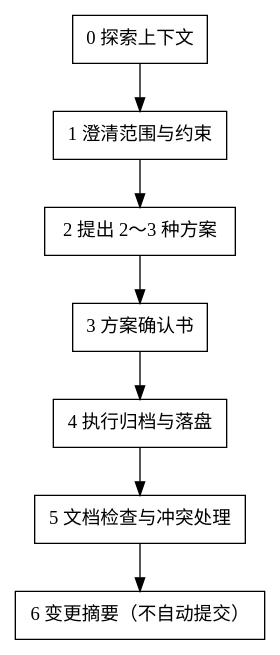
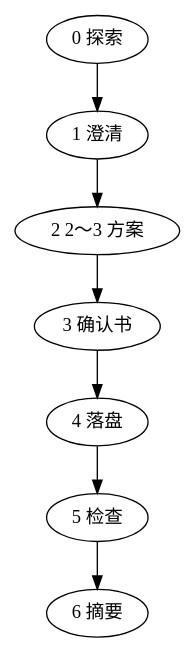
The diagram in agent/skills/docs-archive/references/workflow.md (oleewen/ai-knowledge), drawn with Graphviz before and after one commit. The commit also changed other lines of this file and 16 other files, not shown here.

````diff
--- a/agent/skills/docs-archive/references/workflow.md
+++ b/agent/skills/docs-archive/references/workflow.md
@@ -11,18 +7,10 @@
 ```dot
 digraph kd {
-  "0 探索上下文" [shape=box];
-  "1 澄清范围与约束" [shape=box];
-  "2 提出 2～3 种方案" [shape=box];
-  "3 方案确认书" [shape=box];
-  "4 执行归档与落盘" [shape=box];
-  "5 文档检查与冲突处理" [shape=box];
-  "6 变更摘要（不自动提交）" [shape=box];
-
-  "0 探索上下文" -> "1 澄清范围与约束";
-  "1 澄清范围与约束" -> "2 提出 2～3 种方案";
-  "2 提出 2～3 种方案" -> "3 方案确认书";
-  "3 方案确认书" -> "4 执行归档与落盘";
-  "4 执行归档与落盘" -> "5 文档检查与冲突处理";
-  "5 文档检查与冲突处理" -> "6 变更摘要（不自动提交）";
+  "0 探索" -> "1 澄清";
+  "1 澄清" -> "2 2～3 方案";
+  "2 2～3 方案" -> "3 确认书";
+  "3 确认书" -> "4 落盘";
+  "4 落盘" -> "5 检查";
+  "5 检查" -> "6 摘要";
 }
 ```
````
